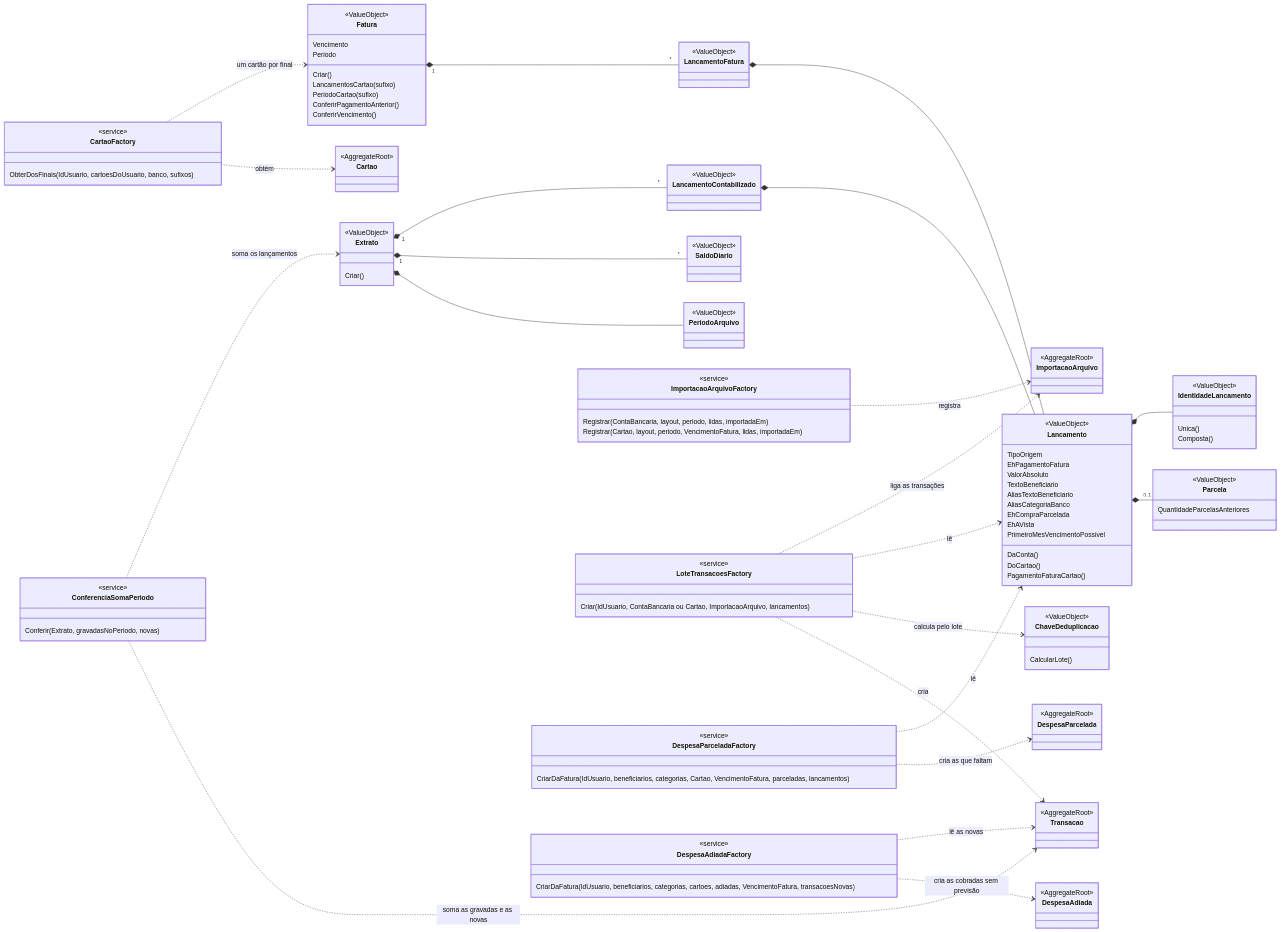
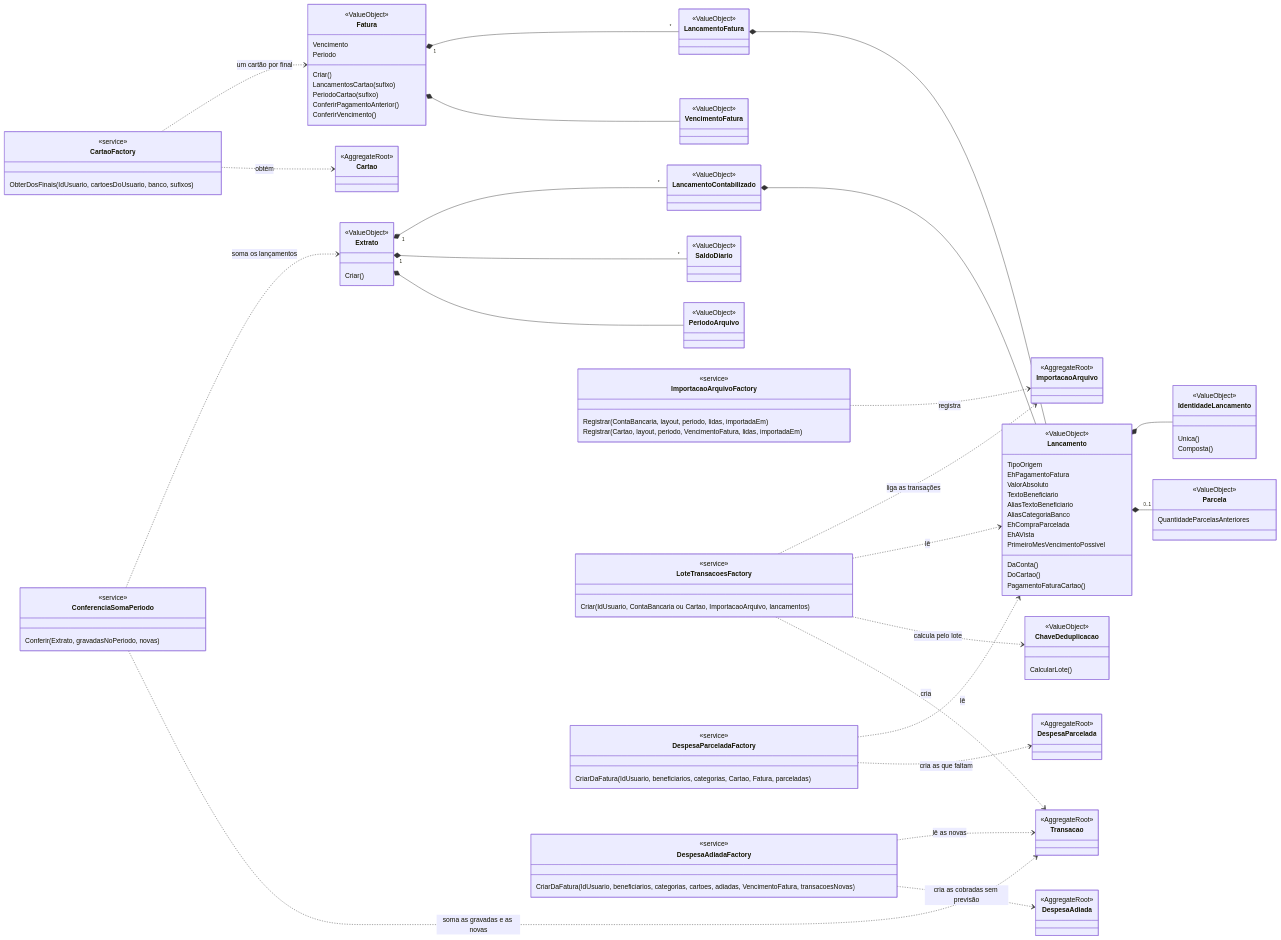
One commit to humbertosampaio/controle-financeiro changed the second of 2 diagrams in docs/modelo-de-dominio.md. Above: the diagram before and after it, drawn with Mermaid. The commit also changed other lines of this file and 19 other files, not shown here.

First line of the commit message:
refactor(dominio): Lê os lançamentos e o vencimento da parcelada da própria fatura

```diff
--- a/docs/modelo-de-dominio.md
+++ b/docs/modelo-de-dominio.md
@@ -350,6 +351,9 @@
         ConferirVencimento()
     }
     class LancamentoFatura {
+        <<ValueObject>>
+    }
+    class VencimentoFatura {
         <<ValueObject>>
     }
     class Parcela {
@@ -411,7 +415,7 @@
     }
     class DespesaParceladaFactory {
         <<service>>
-        CriarDaFatura(IdUsuario, beneficiarios, categorias, Cartao, VencimentoFatura, parceladas, lancamentos)
+        CriarDaFatura(IdUsuario, beneficiarios, categorias, Cartao, Fatura, parceladas)
     }
     class DespesaAdiadaFactory {
         <<service>>
@@ -437,6 +441,7 @@
     Lancamento *-- IdentidadeLancamento
     Lancamento *-- "0..1" Parcela
     Fatura "1" *-- "*" LancamentoFatura
+    Fatura *-- VencimentoFatura
     LancamentoFatura *-- Lancamento
     CartaoFactory ..> Fatura : um cartão por final
     CartaoFactory ..> Cartao : obtém
```
